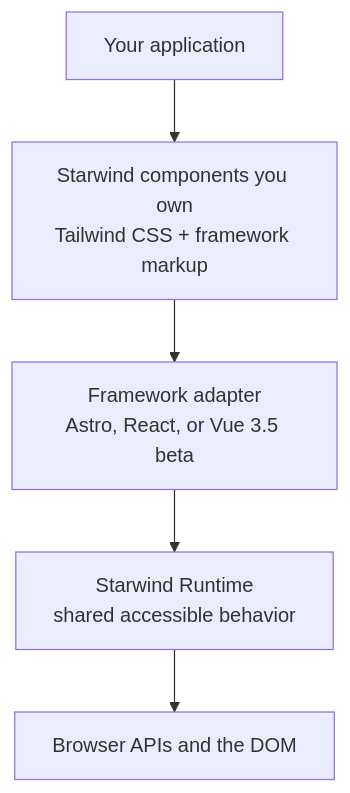
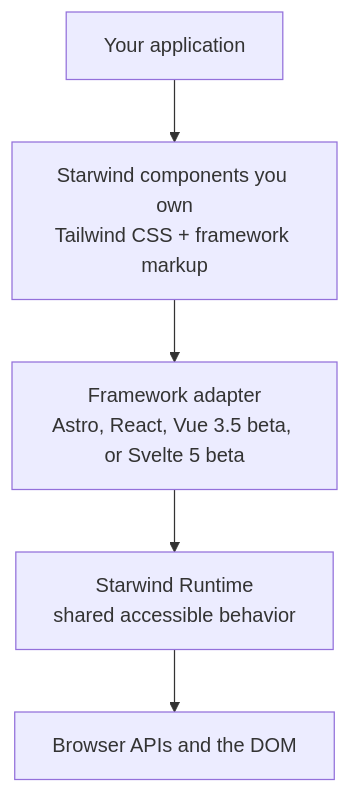
The diagram in README.md (starwind-ui/starwind-ui), drawn with Mermaid before and after one commit. The commit also changed other lines of this file and 2013 other files, not shown here.

First line of the commit message:
Align framework adapters with shared recipes and add Svelte beta (#243)

````diff
--- a/README.md
+++ b/README.md
@@ -63,13 +77,13 @@
 ```mermaid
 flowchart TD
   App["Your application"]
   Components["Starwind components you own<br/>Tailwind CSS + framework markup"]
-  Adapter["Framework adapter<br/>Astro, React, or Vue 3.5 beta"]
+  Adapter["Framework adapter<br/>Astro, React, Vue 3.5 beta, or Svelte 5 beta"]
   Runtime["Starwind Runtime<br/>shared accessible behavior"]
   Browser["Browser APIs and the DOM"]
 
   App --> Components
   Components --> Adapter
   Adapter --> Runtime
   Runtime --> Browser
 ```
````
